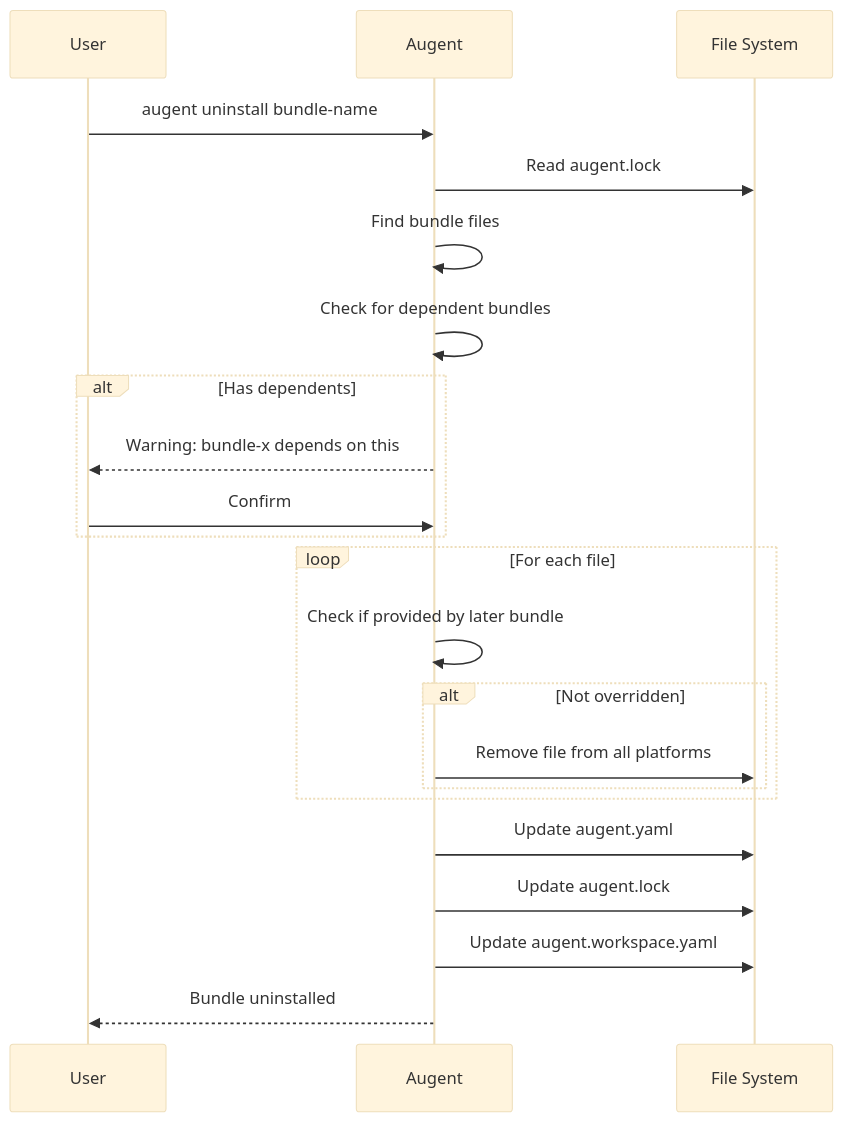
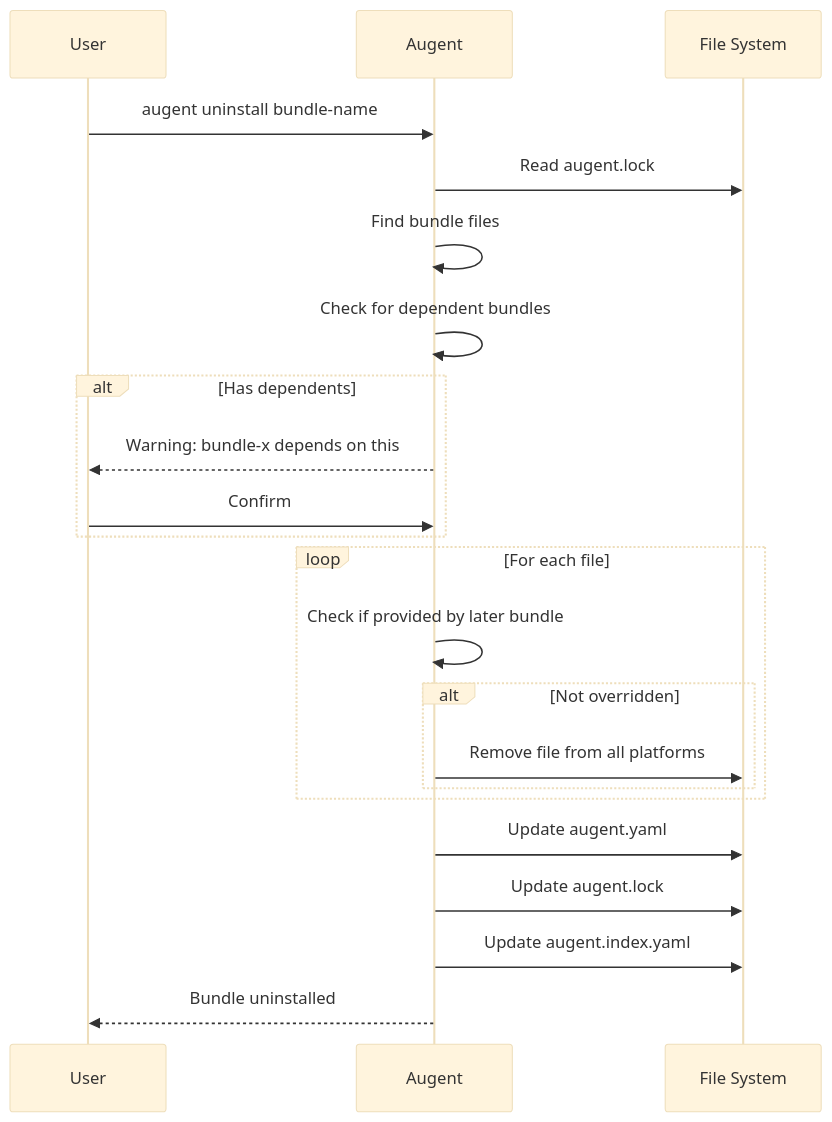
Before and after one commit to asyrjasalo/augent: the fourth of 6 diagrams in docs/implementation/architecture.md, drawn with Mermaid (base theme). The commit also changed other lines of this file and 32 other files, not shown here.

First line of the commit message:
refactor(index): rename workspace config to index

````diff
--- a/docs/implementation/architecture.md
+++ b/docs/implementation/architecture.md
@@ -190,25 +190,25 @@
 ```mermaid
 sequenceDiagram
     participant User
     participant Augent
     participant FS as File System
 
     User->>Augent: augent uninstall bundle-name
     Augent->>FS: Read augent.lock
     Augent->>Augent: Find bundle files
     Augent->>Augent: Check for dependent bundles
     alt Has dependents
         Augent-->>User: Warning: bundle-x depends on this
         User->>Augent: Confirm
     end
     loop For each file
         Augent->>Augent: Check if provided by later bundle
         alt Not overridden
             Augent->>FS: Remove file from all platforms
         end
     end
     Augent->>FS: Update augent.yaml
     Augent->>FS: Update augent.lock
-    Augent->>FS: Update augent.workspace.yaml
+    Augent->>FS: Update augent.index.yaml
     Augent-->>User: Bundle uninstalled
 ```
````
